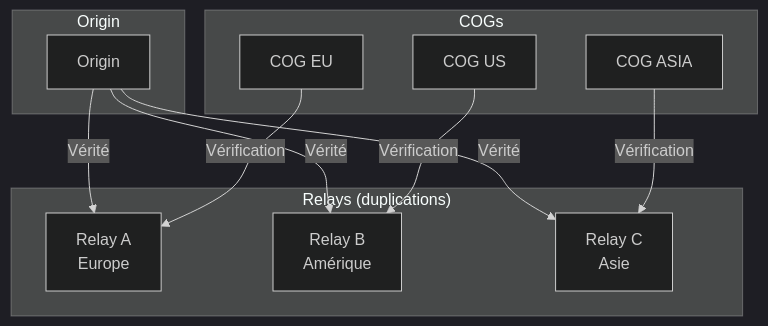
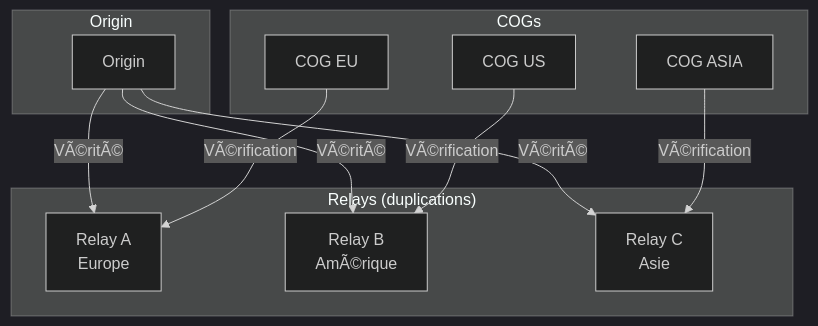
Before and after one commit to StudioMiyukini/miyukini_cog: the first of 2 diagrams in docs/miyukini-webway-system/acteurs/MWS - Relays.md, drawn with Mermaid (dark theme). The commit also changed other lines of this file and 1287 other files, not shown here.

````diff
--- a/docs/miyukini-webway-system/acteurs/MWS - Relays.md
+++ b/docs/miyukini-webway-system/acteurs/MWS - Relays.md
@@ -28,26 +28,26 @@
 ```mermaid
 flowchart TB
     subgraph Origin["Origin"]
         O[Origin]
     end
 
     subgraph Relays["Relays (duplications)"]
         R1[Relay A<br>Europe]
-        R2[Relay B<br>Amérique]
+        R2[Relay B<br>AmÃ©rique]
         R3[Relay C<br>Asie]
     end
 
     subgraph COGs["COGs"]
         C1[COG EU]
         C2[COG US]
         C3[COG ASIA]
     end
 
-    O -->|Vérité| R1
-    O -->|Vérité| R2
-    O -->|Vérité| R3
+    O -->|VÃ©ritÃ©| R1
+    O -->|VÃ©ritÃ©| R2
+    O -->|VÃ©ritÃ©| R3
 
-    C1 -->|Vérification| R1
-    C2 -->|Vérification| R2
-    C3 -->|Vérification| R3
+    C1 -->|VÃ©rification| R1
+    C2 -->|VÃ©rification| R2
+    C3 -->|VÃ©rification| R3
 ```
````
